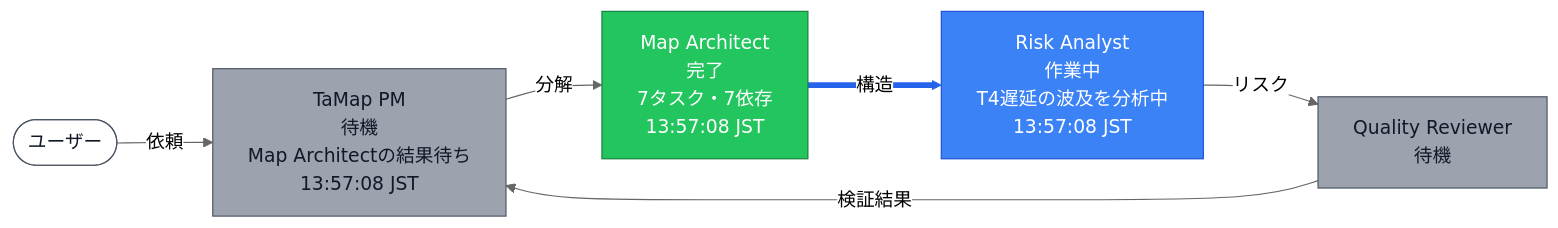
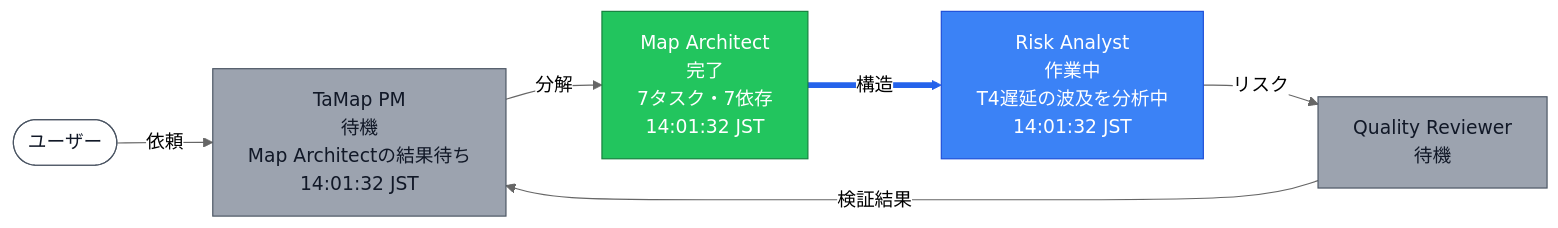
One commit to nekomario28/tamap changed the sixth of 11 diagrams in docs/sample_output.md. Above: the diagram before and after it, drawn with Mermaid (neutral theme). The commit also changed other lines of this file and 2 other files, not shown here.

Commit message:
docs: rewrite README for the in-chat approach (map_id/revision), update notes (P7)

````diff
--- a/docs/sample_output.md
+++ b/docs/sample_output.md
@@ -183,23 +183,23 @@
 ```mermaid
 flowchart LR
   U(["ユーザー"])
-  PM["TaMap PM<br>待機<br>Map Architectの結果待ち<br>13:57:08 JST"]
-  MA["Map Architect<br>完了<br>7タスク・7依存<br>13:57:08 JST"]
-  RA["Risk Analyst<br>作業中<br>T4遅延の波及を分析中<br>13:57:08 JST"]
+  PM["TaMap PM<br>待機<br>Map Architectの結果待ち<br>14:01:32 JST"]
+  MA["Map Architect<br>完了<br>7タスク・7依存<br>14:01:32 JST"]
+  RA["Risk Analyst<br>作業中<br>T4遅延の波及を分析中<br>14:01:32 JST"]
   QR["Quality Reviewer<br>待機"]
   U -- 依頼 --> PM
   PM -- 分解 --> MA
   MA -- 構造 --> RA
   RA -- リスク --> QR
   QR -- 検証結果 --> PM
   classDef idle fill:#9ca3af,stroke:#4b5563,color:#111827
   classDef working fill:#3b82f6,stroke:#1d4ed8,color:#ffffff
   classDef done fill:#22c55e,stroke:#15803d,color:#ffffff
   classDef error fill:#ef4444,stroke:#991b1b,color:#ffffff
   classDef user fill:#ffffff,stroke:#4b5563,color:#111827
   class U user
   class PM,QR idle
   class MA done
   class RA working
   linkStyle 2 stroke:#2563eb,stroke-width:5px
 ```
````
